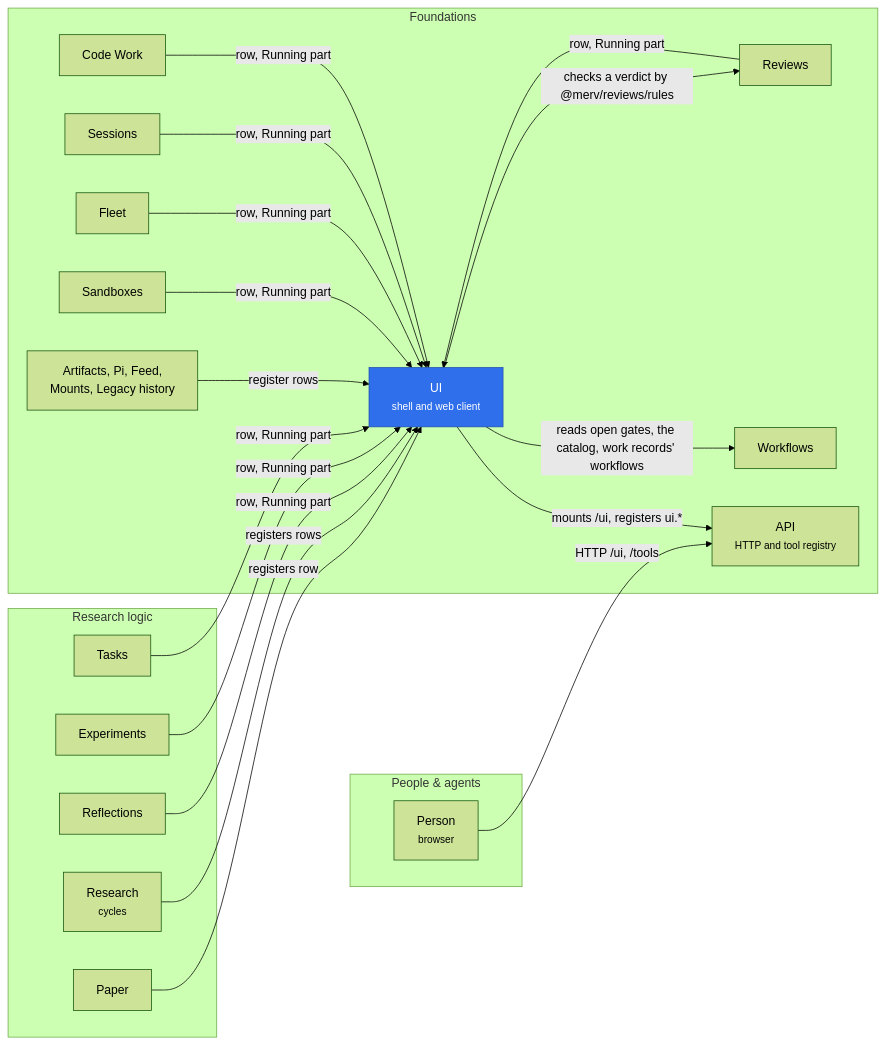
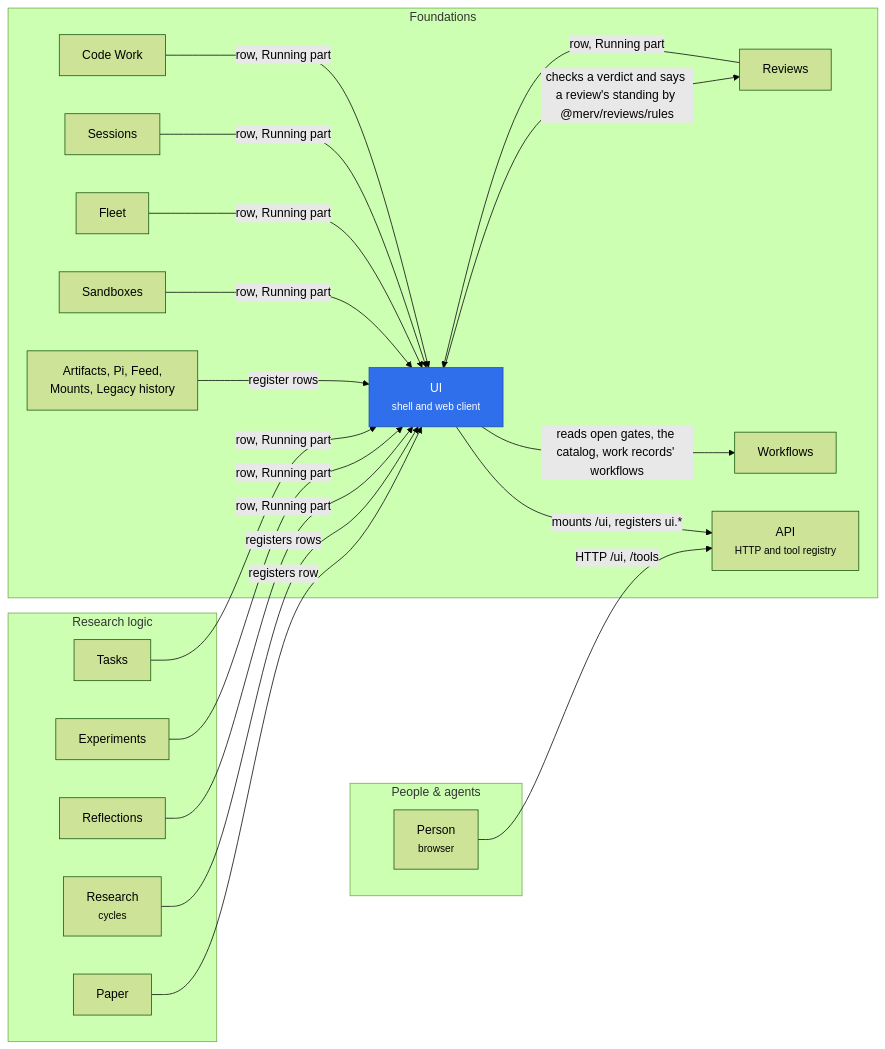
The diagram in merv-typescript/packages/ui/README.md (rapidreview-io/Merv), drawn with Mermaid (forest theme) before and after one commit. The commit also changed 16 other files, not shown here.

First line of the commit message:
Let Reviews say a review's standing and serve the desk its gate and claims

````diff
--- a/merv-typescript/packages/ui/README.md
+++ b/merv-typescript/packages/ui/README.md
@@ -7,41 +7,41 @@
 ```mermaid
 flowchart LR
   subgraph people["People & agents"]
     person["Person<br/><small>browser</small>"]
   end
   subgraph research["Research logic"]
     tasks[Tasks]
     experiments[Experiments]
     reflections[Reflections]
     researchCycles["Research<br/><small>cycles</small>"]
     paper[Paper]
   end
   subgraph foundations["Foundations"]
     ui["UI<br/><small>shell and web client</small>"]
     api["API<br/><small>HTTP and tool registry</small>"]
     workflows[Workflows]
     reviews[Reviews]
     codeWork[Code Work]
     sessions[Sessions]
     fleet[Fleet]
     sandboxes[Sandboxes]
     others["Artifacts, Pi, Feed,<br/>Mounts, Legacy history"]
   end
   person -- "HTTP /ui, /tools" --> api
   ui -- "mounts /ui, registers ui.*" --> api
   ui -- "reads open gates, the catalog, work records' workflows" --> workflows
-  ui -- "checks a verdict by @merv/reviews/rules" --> reviews
+  ui -- "checks a verdict and says a review's standing by @merv/reviews/rules" --> reviews
   tasks -- "row, Running part" --> ui
   experiments -- "row, Running part" --> ui
   reflections -- "row, Running part" --> ui
   reviews -- "row, Running part" --> ui
   codeWork -- "row, Running part" --> ui
   sessions -- "row, Running part" --> ui
   fleet -- "row, Running part" --> ui
   sandboxes -- "row, Running part" --> ui
   researchCycles -- "registers rows" --> ui
   paper -- "registers row" --> ui
   others -- "register rows" --> ui
   classDef self fill:#2f6feb,color:#fff,stroke:#1f4fb0
   class ui self
 ```
````
